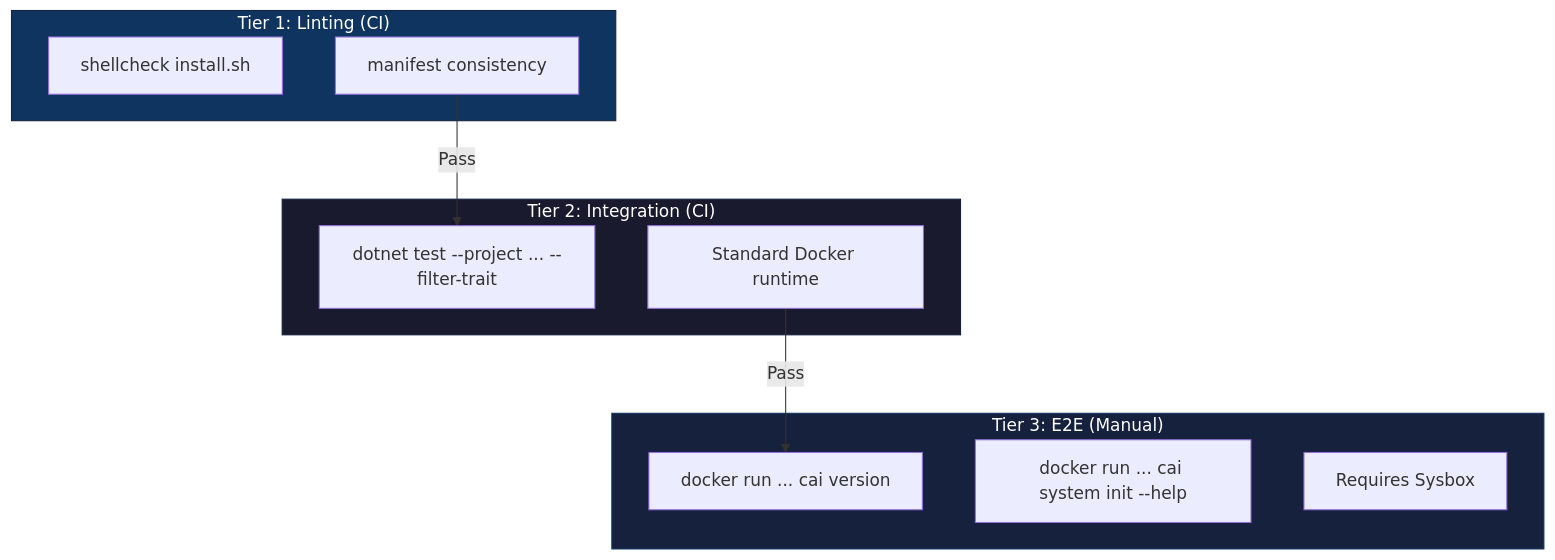
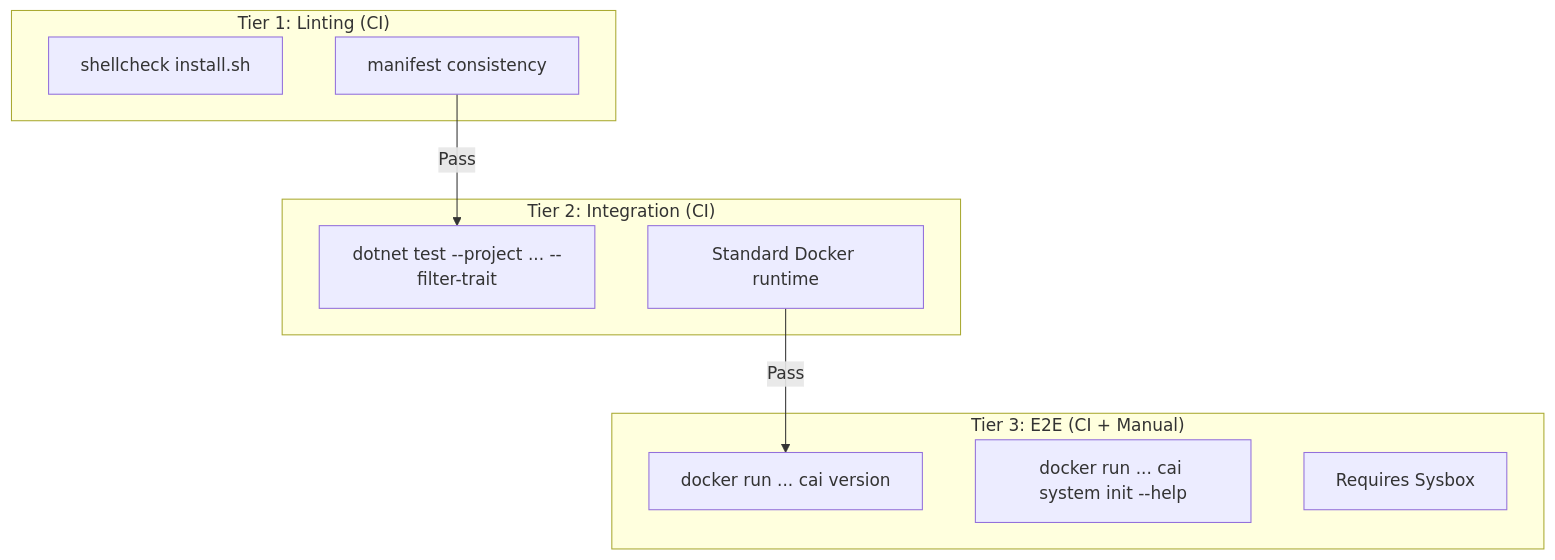
The diagram in docs/testing.md (novotnyllc/ContainAI), drawn with Mermaid before and after one commit. The commit also changed other lines of this file and 14 other files, not shown here.

````diff
--- a/docs/testing.md
+++ b/docs/testing.md
@@ -9,25 +9,21 @@
 ```mermaid
 flowchart TB
     subgraph T1["Tier 1: Linting (CI)"]
         Shell["shellcheck install.sh"]
         Manifest["manifest consistency"]
     end
 
     subgraph T2["Tier 2: Integration (CI)"]
         Sync["dotnet test --project ... --filter-trait"]
         Docker["Standard Docker runtime"]
     end
 
-    subgraph T3["Tier 3: E2E (Manual)"]
+    subgraph T3["Tier 3: E2E (CI + Manual)"]
         Smoke["docker run ... cai version"]
         System["docker run ... cai system init --help"]
         Sysbox["Requires Sysbox"]
     end
 
     Manifest -->|"Pass"| Sync
     Docker -->|"Pass"| Smoke
-
-    style T1 fill:#0f3460,stroke:#16213e,color:#fff
-    style T2 fill:#1a1a2e,stroke:#16213e,color:#fff
-    style T3 fill:#16213e,stroke:#0f3460,color:#fff
 ```
````
